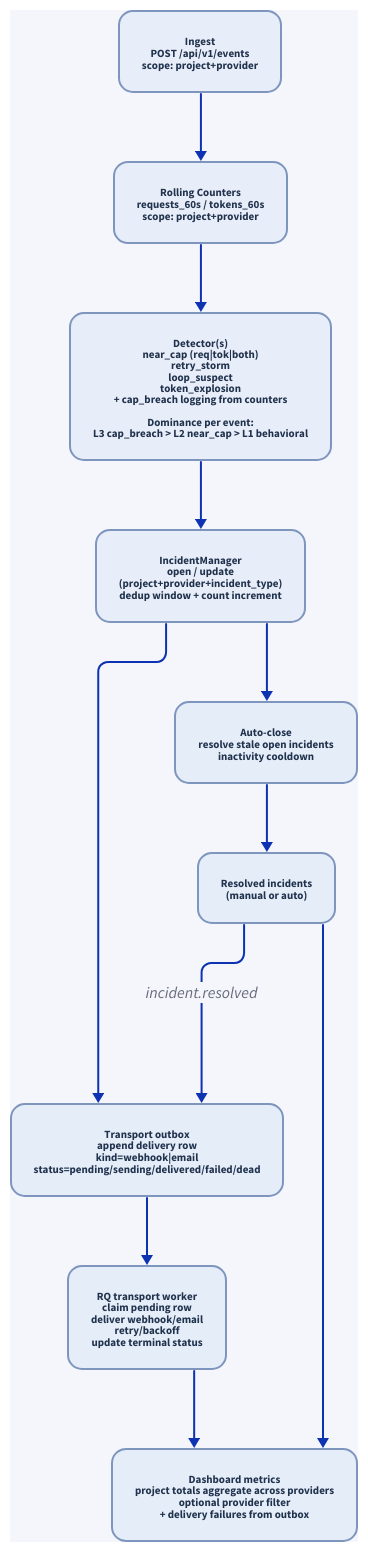
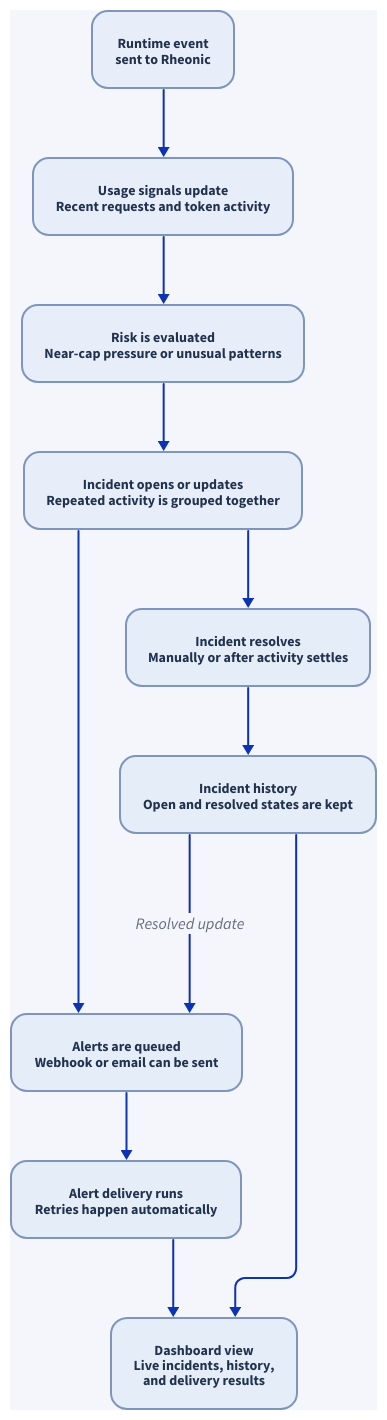
Before and after one commit to MichaelTelvin/Rheonic: the diagram in docs/architecture/incident_flow.d2, drawn with D2. The commit also changed 7 other files, not shown here.

Commit message:
revert session to 60/7 + optimize chart layout

```diff
--- a/docs/architecture/incident_flow.d2
+++ b/docs/architecture/incident_flow.d2
@@ -1,114 +1,114 @@
 direction: down
 
 vars: {
   d2-config: {
-    pad: 22
+    pad: 10
     sketch: false
     layout-engine: elk
   }
 }
 
 style: {
   fill: "#f4f6fb"
 }
 
-ingest: "Ingest\nPOST /api/v1/events\nscope: project+provider" {
+event: "Runtime event\nsent to Rheonic" {
   style: {
     fill: "#e8eef9"
     stroke: "#7e95be"
     font-color: "#21324d"
-    border-radius: 14
-    font-size: 11
+    border-radius: 16
+    font-size: 14
   }
 }
 
-counters: "Rolling Counters\nrequests_60s / tokens_60s\nscope: project+provider" {
+signals: "Usage signals update\nRecent requests and token activity" {
   style: {
     fill: "#e8eef9"
     stroke: "#7e95be"
     font-color: "#21324d"
-    border-radius: 14
-    font-size: 11
+    border-radius: 16
+    font-size: 14
   }
 }
 
-detectors: "Detector(s)\nnear_cap (req|tok|both)\nretry_storm\nloop_suspect\ntoken_explosion\n+ cap_breach logging from counters\n\nDominance per event:\nL3 cap_breach > L2 near_cap > L1 behavioral" {
+risk_check: "Risk is evaluated\nNear-cap pressure or unusual patterns" {
   style: {
     fill: "#e8eef9"
     stroke: "#7e95be"
     font-color: "#21324d"
-    border-radius: 14
-    font-size: 11
+    border-radius: 16
+    font-size: 14
   }
 }
 
-incident_manager: "IncidentManager\nopen / update\n(project+provider+incident_type)\ndedup window + count increment" {
+incident: "Incident opens or updates\nRepeated activity is grouped together" {
   style: {
     fill: "#e8eef9"
     stroke: "#7e95be"
     font-color: "#21324d"
-    border-radius: 14
-    font-size: 11
+    border-radius: 16
+    font-size: 14
   }
 }
 
-transport_outbox: "Transport outbox\nappend delivery row\nkind=webhook|email\nstatus=pending/sending/delivered/failed/dead" {
+alerts: "Alerts are queued\nWebhook or email can be sent" {
   style: {
     fill: "#e4edf8"
     stroke: "#7e95be"
     font-color: "#21324d"
-    border-radius: 14
-    font-size: 11
+    border-radius: 16
+    font-size: 14
   }
 }
 
-transport_worker: "RQ transport worker\nclaim pending row\ndeliver webhook/email\nretry/backoff\nupdate terminal status" {
+delivery: "Alert delivery runs\nRetries happen automatically" {
   style: {
     fill: "#e4edf8"
     stroke: "#7e95be"
     font-color: "#21324d"
-    border-radius: 14
-    font-size: 11
+    border-radius: 16
+    font-size: 14
   }
 }
 
-autoclose: "Auto-close\nresolve stale open incidents\ninactivity cooldown" {
+resolve: "Incident resolves\nManually or after activity settles" {
   style: {
     fill: "#e4edf8"
     stroke: "#7e95be"
     font-color: "#21324d"
-    border-radius: 14
-    font-size: 11
+    border-radius: 16
+    font-size: 14
   }
 }
 
-resolved: "Resolved incidents\n(manual or auto)" {
+history: "Incident history\nOpen and resolved states are kept" {
   style: {
     fill: "#e4edf8"
     stroke: "#7e95be"
     font-color: "#21324d"
-    border-radius: 14
-    font-size: 11
+    border-radius: 16
+    font-size: 14
   }
 }
 
-dashboard: "Dashboard metrics\nproject totals aggregate across providers\noptional provider filter\n+ delivery failures from outbox" {
+dashboard: "Dashboard view\nLive incidents, history,\nand delivery results" {
   style: {
     fill: "#e4edf8"
     stroke: "#7e95be"
     font-color: "#21324d"
-    border-radius: 14
-    font-size: 11
+    border-radius: 16
+    font-size: 14
   }
 }
 
-ingest -> counters
-counters -> detectors
-detectors -> incident_manager
-incident_manager -> transport_outbox
-transport_outbox -> transport_worker
-transport_worker -> dashboard
-incident_manager -> autoclose
-autoclose -> resolved
-resolved -> transport_outbox: "incident.resolved"
-resolved -> dashboard
+event -> signals
+signals -> risk_check
+risk_check -> incident
+incident -> alerts
+alerts -> delivery
+delivery -> dashboard
+incident -> resolve
+resolve -> history
+history -> alerts: "Resolved update"
+history -> dashboard
```
